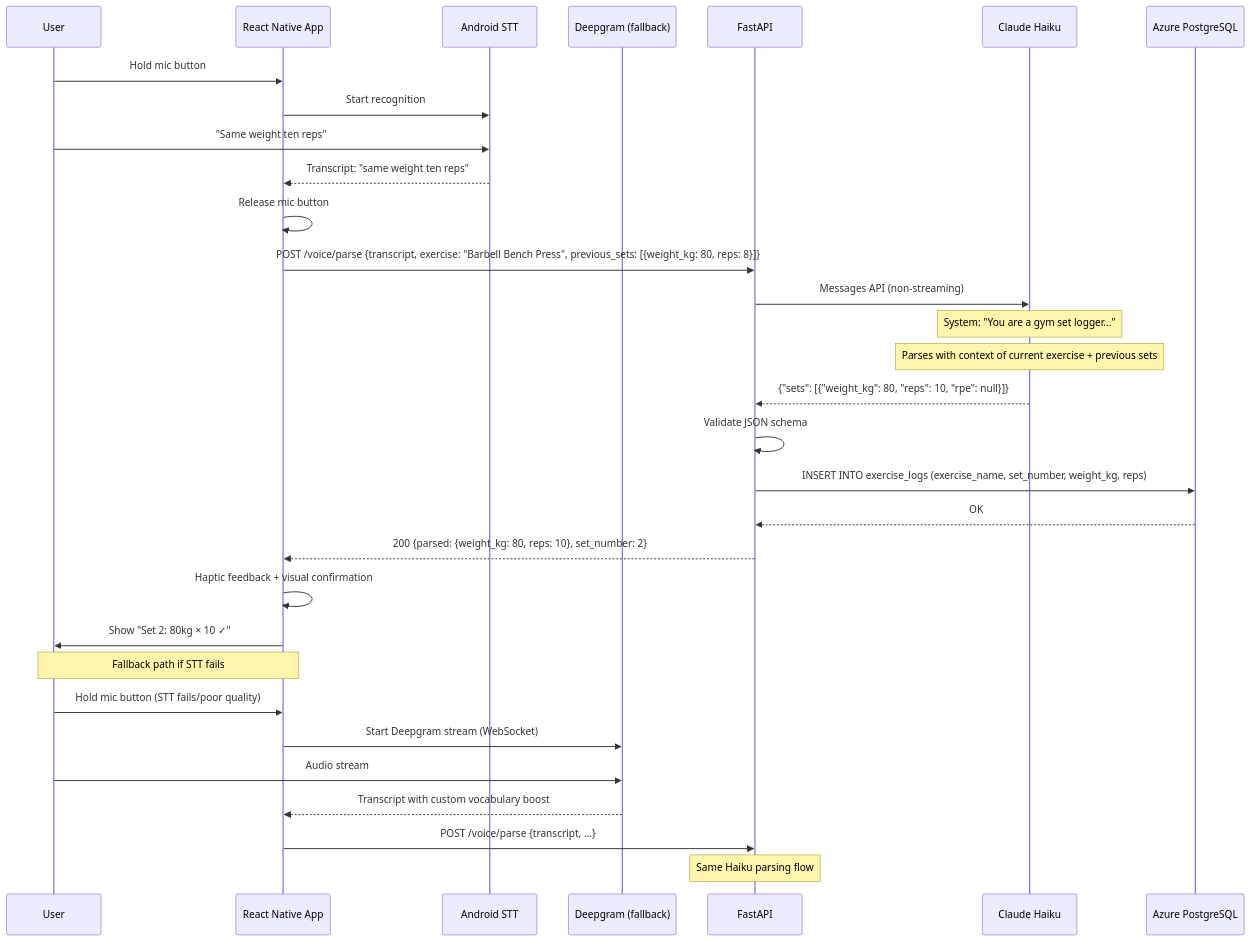
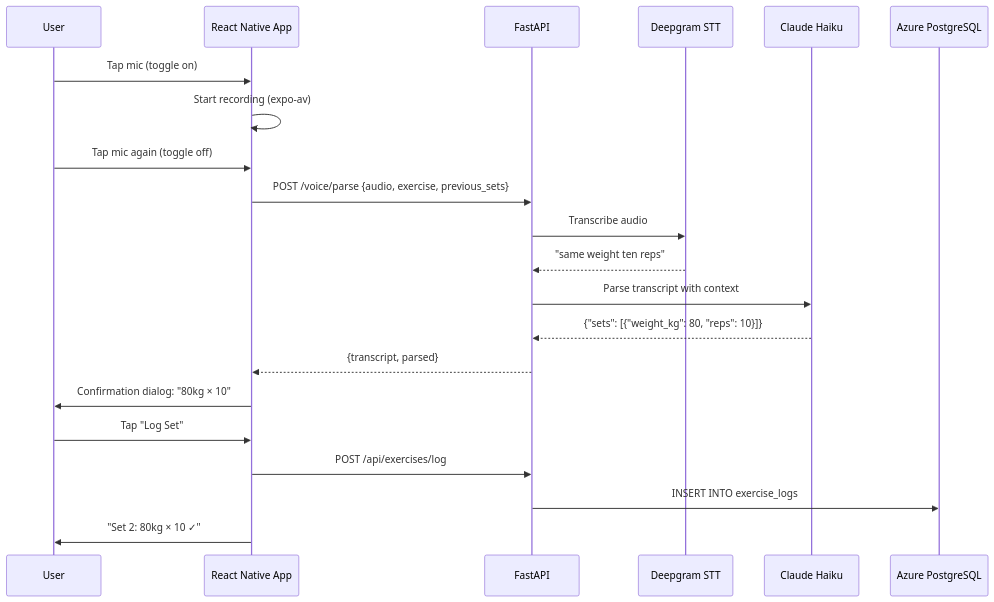
Before and after one commit to shoten-healthjourneys/gym-trainer-ai: the third of 4 diagrams in Gym Trainer Implementation Plan.md, drawn with Mermaid. The commit also changed other lines of this file and 2 other files, not shown here.

First line of the commit message:
Archive implementation plan, trim to active context (#14)

````diff
--- a/Gym Trainer Implementation Plan.md
+++ b/Gym Trainer Implementation Plan.md
@@ -191,40 +153,24 @@
 ```mermaid
 sequenceDiagram
     participant U as User
     participant App as React Native App
-    participant STT as Android STT
-    participant DG as Deepgram (fallback)
     participant API as FastAPI
+    participant DG as Deepgram STT
     participant Haiku as Claude Haiku
     participant DB as Azure PostgreSQL
 
-    U->>App: Hold mic button
-    App->>STT: Start recognition
-
-    U->>STT: "Same weight ten reps"
-    STT-->>App: Transcript: "same weight ten reps"
-    App->>App: Release mic button
-
-    App->>API: POST /voice/parse {transcript, exercise: "Barbell Bench Press", previous_sets: [{weight_kg: 80, reps: 8}]}
-
-    API->>Haiku: Messages API (non-streaming)
-    Note over Haiku: System: "You are a gym set logger..."
-    Note over Haiku: Parses with context of current exercise + previous sets
-    Haiku-->>API: {"sets": [{"weight_kg": 80, "reps": 10, "rpe": null}]}
-
-    API->>API: Validate JSON schema
-    API->>DB: INSERT INTO exercise_logs (exercise_name, set_number, weight_kg, reps)
-    DB-->>API: OK
-    API-->>App: 200 {parsed: {weight_kg: 80, reps: 10}, set_number: 2}
-
-    App->>App: Haptic feedback + visual confirmation
-    App->>U: Show "Set 2: 80kg × 10 ✓"
-
-    Note over U,App: Fallback path if STT fails
-    U->>App: Hold mic button (STT fails/poor quality)
-    App->>DG: Start Deepgram stream (WebSocket)
-    U->>DG: Audio stream
-    DG-->>App: Transcript with custom vocabulary boost
-    App->>API: POST /voice/parse {transcript, ...}
-    Note over API: Same Haiku parsing flow
+    U->>App: Tap mic (toggle on)
+    App->>App: Start recording (expo-av)
+    U->>App: Tap mic again (toggle off)
+    App->>API: POST /voice/parse {audio, exercise, previous_sets}
+    API->>DG: Transcribe audio
+    DG-->>API: "same weight ten reps"
+    API->>Haiku: Parse transcript with context
+    Haiku-->>API: {"sets": [{"weight_kg": 80, "reps": 10}]}
+    API-->>App: {transcript, parsed}
+    App->>U: Confirmation dialog: "80kg × 10"
+    U->>App: Tap "Log Set"
+    App->>API: POST /api/exercises/log
+    API->>DB: INSERT INTO exercise_logs
+    App->>U: "Set 2: 80kg × 10 ✓"
 ```
````
